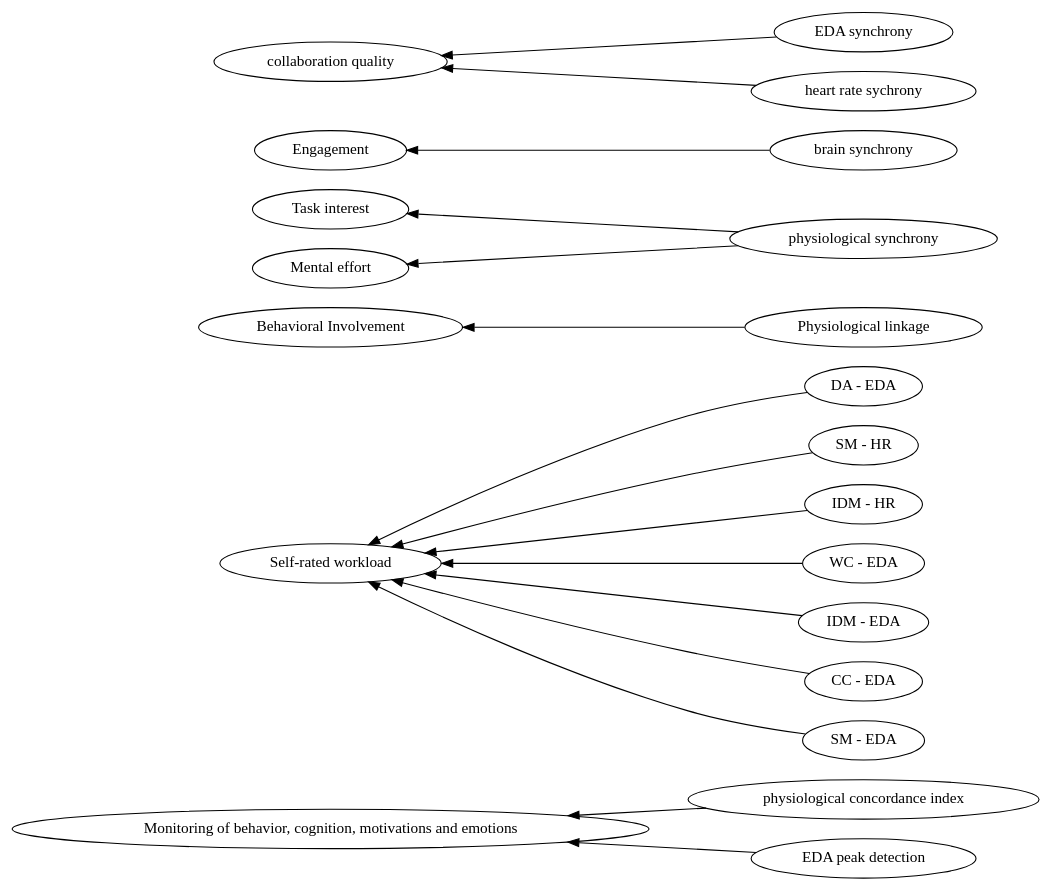
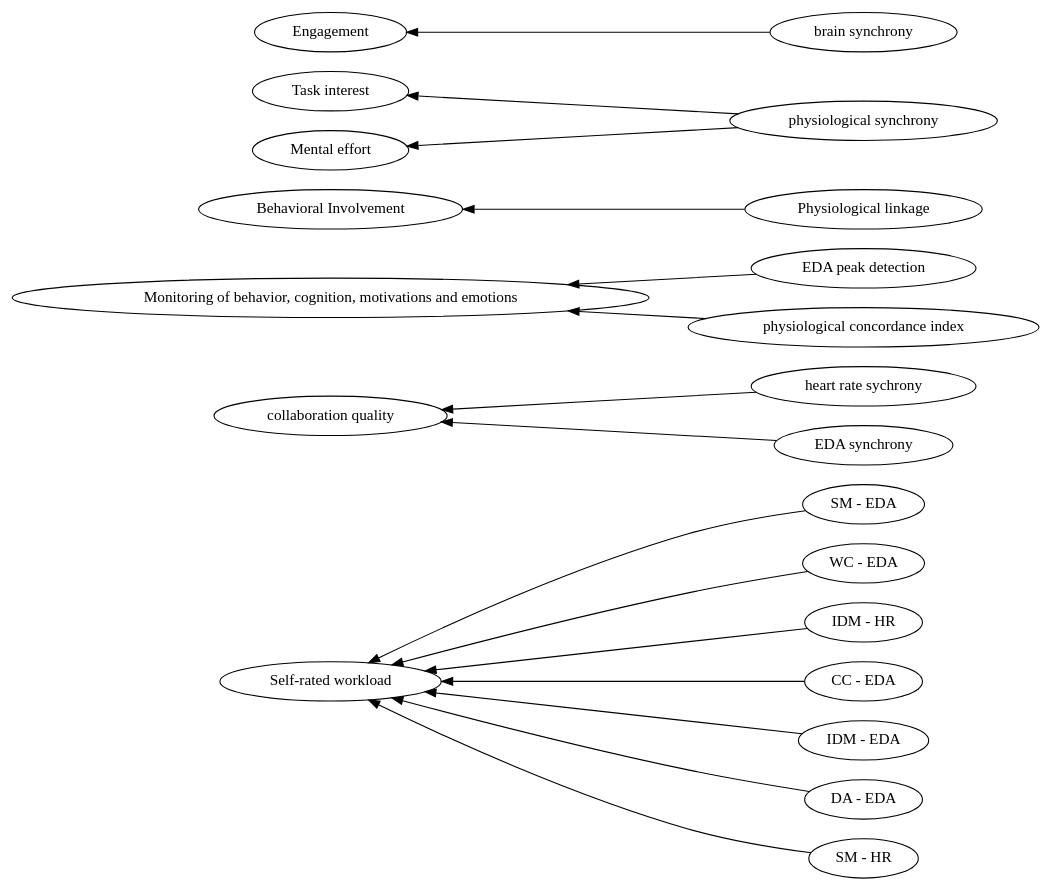
Before and after one commit to hgse-schneider/mmca: the diagram in graphviz/Physiological -> cognitive engagement.gv, drawn with Graphviz. The commit also changed 174 other files, not shown here.

```diff
--- a/graphviz/Physiological -> cognitive engagement.gv
+++ b/graphviz/Physiological -> cognitive engagement.gv
@@ -1,38 +1,38 @@
 digraph Test {
 	rankdir=RL
 	size="15,15"
 	overlap=false
 	splines=true
-	{rank=same; "physiological concordance index" "DA - EDA" "SM - HR" "IDM - HR" "EDA peak detection" "Physiological linkage" "physiological synchrony" "brain synchrony" "WC - EDA" "EDA synchrony" "IDM - EDA" "heart rate sychrony" "CC - EDA" "SM - EDA";}
-	{rank=same; "Monitoring of behavior, cognition, motivations and emotions" "Behavioral Involvement" "collaboration quality" "Self-rated workload" "Engagement" "Task interest" "Mental effort";}
-	"Physiological linkage" [href="https://scholar.google.com/scholar?hl=en&q=An%20Interactive%20Table%20for%20Supporting%20Participation%20Balance%20in%20Face-to-Face%20Collaborative%20Learning"]
+	{rank=same; "SM - EDA" "heart rate sychrony" "EDA peak detection" "WC - EDA" "Physiological linkage" "IDM - HR" "CC - EDA" "physiological concordance index" "physiological synchrony" "EDA synchrony" "IDM - EDA" "DA - EDA" "brain synchrony" "SM - HR";}
+	{rank=same; "Self-rated workload" "Behavioral Involvement" "Monitoring of behavior, cognition, motivations and emotions" "collaboration quality" "Task interest" "Engagement" "Mental effort";}
+	"Physiological linkage" [href="https://scholar.google.com/scholar?hl=en&q=Physiological%20Linkage%20of%20Dyadic%20Gaming%20Experience"]
 	"Physiological linkage" -> "Behavioral Involvement"
-	"EDA peak detection" [href="https://scholar.google.com/scholar?hl=en&q=An%20Interactive%20Table%20for%20Supporting%20Participation%20Balance%20in%20Face-to-Face%20Collaborative%20Learning"]
+	"EDA peak detection" [href="https://scholar.google.com/scholar?hl=en&q=Are%20we%20together%20or%20not?%20The%20temporal%20interplay%20of%20monitoring,%20physiological%20arousal%20and%20physiological%20synchrony%20during%20a%20collaborative%20exam"]
 	"EDA peak detection" -> "Monitoring of behavior, cognition, motivations and emotions"
-	"physiological concordance index" [href="https://scholar.google.com/scholar?hl=en&q=An%20Interactive%20Table%20for%20Supporting%20Participation%20Balance%20in%20Face-to-Face%20Collaborative%20Learning"]
+	"physiological concordance index" [href="https://scholar.google.com/scholar?hl=en&q=Are%20we%20together%20or%20not?%20The%20temporal%20interplay%20of%20monitoring,%20physiological%20arousal%20and%20physiological%20synchrony%20during%20a%20collaborative%20exam"]
 	"physiological concordance index" -> "Monitoring of behavior, cognition, motivations and emotions"
-	"SM - EDA" [href="https://scholar.google.com/scholar?hl=en&q=An%20Interactive%20Table%20for%20Supporting%20Participation%20Balance%20in%20Face-to-Face%20Collaborative%20Learning"]
+	"SM - EDA" [href="https://scholar.google.com/scholar?hl=en&q=Shared%20Experiences%20of%20Technology%20and%20Trust:%20An%20Experimental%20Study%20of%20Physiological%20Compliance%20Between%20Active%20and%20Passive%20Users%20in%20Technology-Mediated%20Collaborative%20Encounters"]
 	"SM - EDA" -> "Self-rated workload"
-	"IDM - EDA" [href="https://scholar.google.com/scholar?hl=en&q=An%20Interactive%20Table%20for%20Supporting%20Participation%20Balance%20in%20Face-to-Face%20Collaborative%20Learning"]
+	"IDM - EDA" [href="https://scholar.google.com/scholar?hl=en&q=Shared%20Experiences%20of%20Technology%20and%20Trust:%20An%20Experimental%20Study%20of%20Physiological%20Compliance%20Between%20Active%20and%20Passive%20Users%20in%20Technology-Mediated%20Collaborative%20Encounters"]
 	"IDM - EDA" -> "Self-rated workload"
-	"DA - EDA" [href="https://scholar.google.com/scholar?hl=en&q=An%20Interactive%20Table%20for%20Supporting%20Participation%20Balance%20in%20Face-to-Face%20Collaborative%20Learning"]
+	"DA - EDA" [href="https://scholar.google.com/scholar?hl=en&q=Shared%20Experiences%20of%20Technology%20and%20Trust:%20An%20Experimental%20Study%20of%20Physiological%20Compliance%20Between%20Active%20and%20Passive%20Users%20in%20Technology-Mediated%20Collaborative%20Encounters"]
 	"DA - EDA" -> "Self-rated workload"
-	"CC - EDA" [href="https://scholar.google.com/scholar?hl=en&q=An%20Interactive%20Table%20for%20Supporting%20Participation%20Balance%20in%20Face-to-Face%20Collaborative%20Learning"]
+	"CC - EDA" [href="https://scholar.google.com/scholar?hl=en&q=Shared%20Experiences%20of%20Technology%20and%20Trust:%20An%20Experimental%20Study%20of%20Physiological%20Compliance%20Between%20Active%20and%20Passive%20Users%20in%20Technology-Mediated%20Collaborative%20Encounters"]
 	"CC - EDA" -> "Self-rated workload"
-	"WC - EDA" [href="https://scholar.google.com/scholar?hl=en&q=An%20Interactive%20Table%20for%20Supporting%20Participation%20Balance%20in%20Face-to-Face%20Collaborative%20Learning"]
+	"WC - EDA" [href="https://scholar.google.com/scholar?hl=en&q=Shared%20Experiences%20of%20Technology%20and%20Trust:%20An%20Experimental%20Study%20of%20Physiological%20Compliance%20Between%20Active%20and%20Passive%20Users%20in%20Technology-Mediated%20Collaborative%20Encounters"]
 	"WC - EDA" -> "Self-rated workload"
-	"SM - HR" [href="https://scholar.google.com/scholar?hl=en&q=An%20Interactive%20Table%20for%20Supporting%20Participation%20Balance%20in%20Face-to-Face%20Collaborative%20Learning"]
+	"SM - HR" [href="https://scholar.google.com/scholar?hl=en&q=Shared%20Experiences%20of%20Technology%20and%20Trust:%20An%20Experimental%20Study%20of%20Physiological%20Compliance%20Between%20Active%20and%20Passive%20Users%20in%20Technology-Mediated%20Collaborative%20Encounters"]
 	"SM - HR" -> "Self-rated workload"
-	"IDM - HR" [href="https://scholar.google.com/scholar?hl=en&q=An%20Interactive%20Table%20for%20Supporting%20Participation%20Balance%20in%20Face-to-Face%20Collaborative%20Learning"]
+	"IDM - HR" [href="https://scholar.google.com/scholar?hl=en&q=Shared%20Experiences%20of%20Technology%20and%20Trust:%20An%20Experimental%20Study%20of%20Physiological%20Compliance%20Between%20Active%20and%20Passive%20Users%20in%20Technology-Mediated%20Collaborative%20Encounters"]
 	"IDM - HR" -> "Self-rated workload"
-	"physiological synchrony" [href="https://scholar.google.com/scholar?hl=en&q=An%20Interactive%20Table%20for%20Supporting%20Participation%20Balance%20in%20Face-to-Face%20Collaborative%20Learning"]
+	"physiological synchrony" [href="https://scholar.google.com/scholar?hl=en&q=What%20does%20physiological%20synchrony%20reveal%20about%20metacognitive%20experiences%20and%20group%20performance?"]
 	"physiological synchrony" -> "Mental effort"
-	"physiological synchrony" [href="https://scholar.google.com/scholar?hl=en&q=An%20Interactive%20Table%20for%20Supporting%20Participation%20Balance%20in%20Face-to-Face%20Collaborative%20Learning"]
+	"physiological synchrony" [href="https://scholar.google.com/scholar?hl=en&q=What%20does%20physiological%20synchrony%20reveal%20about%20metacognitive%20experiences%20and%20group%20performance?"]
 	"physiological synchrony" -> "Task interest"
-	"brain synchrony" [href="https://scholar.google.com/scholar?hl=en&q=An%20Interactive%20Table%20for%20Supporting%20Participation%20Balance%20in%20Face-to-Face%20Collaborative%20Learning"]
+	"brain synchrony" [href="https://scholar.google.com/scholar?hl=en&q=Brain-to-Brain%20Synchrony%20Tracks%20Real-World%20Dynamic%20Group%20Interactions%20in%20the%20Classroom"]
 	"brain synchrony" -> Engagement
-	"EDA synchrony" [href="https://scholar.google.com/scholar?hl=en&q=An%20Interactive%20Table%20for%20Supporting%20Participation%20Balance%20in%20Face-to-Face%20Collaborative%20Learning"]
+	"EDA synchrony" [href="https://scholar.google.com/scholar?hl=en&q=Predicting%20Collaborative%20Learning%20Quality%20through%20Physiological%20Synchrony%20Recorded%20by%20Wearable%20Biosensors"]
 	"EDA synchrony" -> "collaboration quality"
-	"heart rate sychrony" [href="https://scholar.google.com/scholar?hl=en&q=An%20Interactive%20Table%20for%20Supporting%20Participation%20Balance%20in%20Face-to-Face%20Collaborative%20Learning"]
+	"heart rate sychrony" [href="https://scholar.google.com/scholar?hl=en&q=Predicting%20Collaborative%20Learning%20Quality%20through%20Physiological%20Synchrony%20Recorded%20by%20Wearable%20Biosensors"]
 	"heart rate sychrony" -> "collaboration quality"
 }
```
